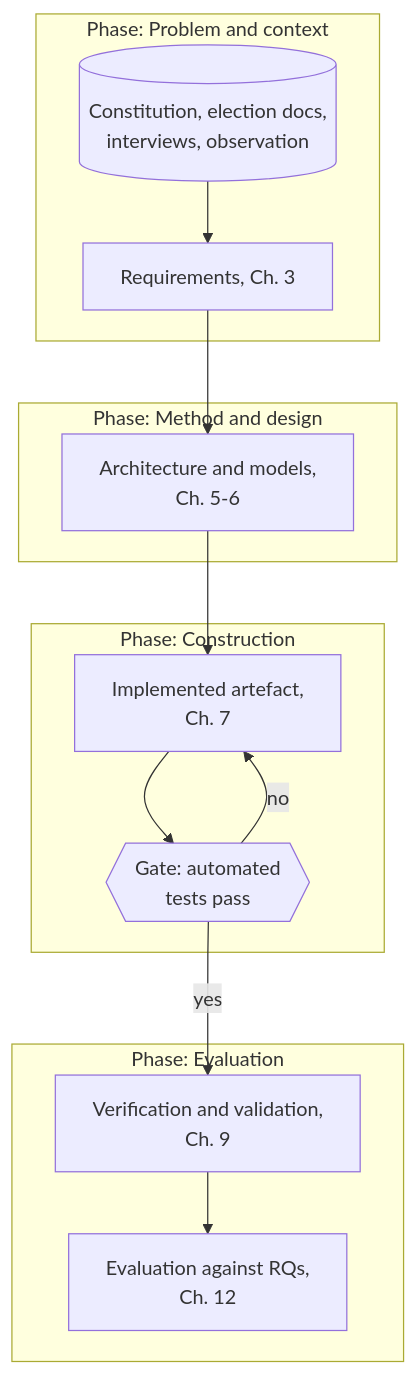
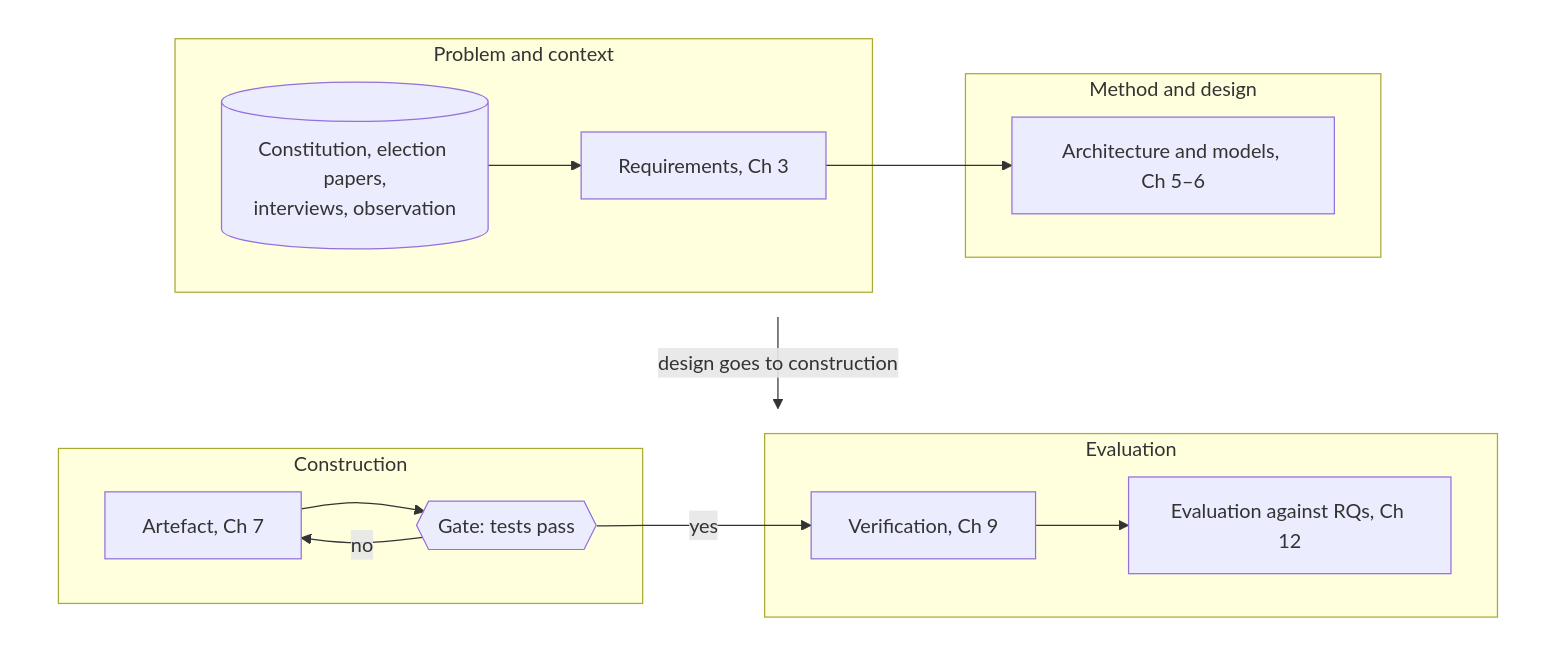
The third of 5 diagrams in docs/book/04-methodology.md (shalin-rahman/GHCAA), drawn with Mermaid before and after one commit. The commit also changed other lines of this file and 42 other files, not shown here.

````diff
--- a/docs/book/04-methodology.md
+++ b/docs/book/04-methodology.md
@@ -488,18 +475,27 @@
 ```mermaid
 flowchart TB
-    subgraph P1["Phase: Problem and context"]
-      I1[(Constitution, election docs,<br/>interviews, observation)] --> O1[Requirements, Ch. 3]
+    subgraph R1[" "]
+      direction LR
+      subgraph P1["Problem and context"]
+        I1[(Constitution, election papers,<br/>interviews, observation)] --> O1[Requirements, Ch 3]
+      end
+      subgraph P2["Method and design"]
+        O2[Architecture and models, Ch 5–6]
+      end
+      O1 --> O2
     end
-    subgraph P2["Phase: Method and design"]
-      O1 --> O2[Architecture and models,<br/>Ch. 5-6]
+    subgraph R2[" "]
+      direction LR
+      subgraph P3["Construction"]
+        O3[Artefact, Ch 7] --> V1{{Gate: tests pass}}
+        V1 -->|no| O3
+      end
+      subgraph P4["Evaluation"]
+        O4[Verification, Ch 9] --> O5[Evaluation against RQs, Ch 12]
+      end
+      V1 -->|yes| O4
     end
-    subgraph P3["Phase: Construction"]
-      O2 --> O3[Implemented artefact,<br/>Ch. 7]
-      O3 --> V1{{Gate: automated<br/>tests pass}}
-      V1 -->|no| O3
-    end
-    subgraph P4["Phase: Evaluation"]
-      V1 -->|yes| O4[Verification and validation,<br/>Ch. 9]
-      O4 --> O5[Evaluation against RQs,<br/>Ch. 12]
-    end
+    R1 -->|design goes to construction| R2
+    style R1 fill:none,stroke:none
+    style R2 fill:none,stroke:none
 ```
````
